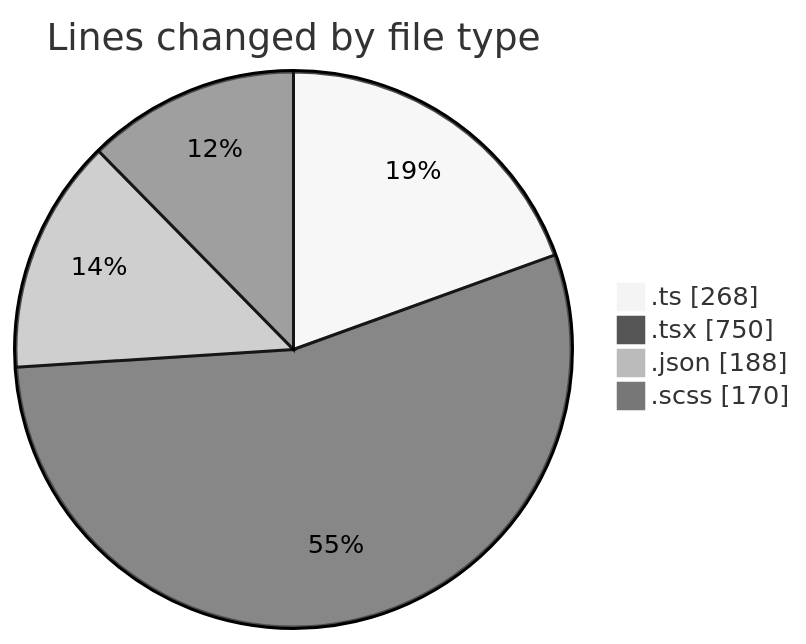
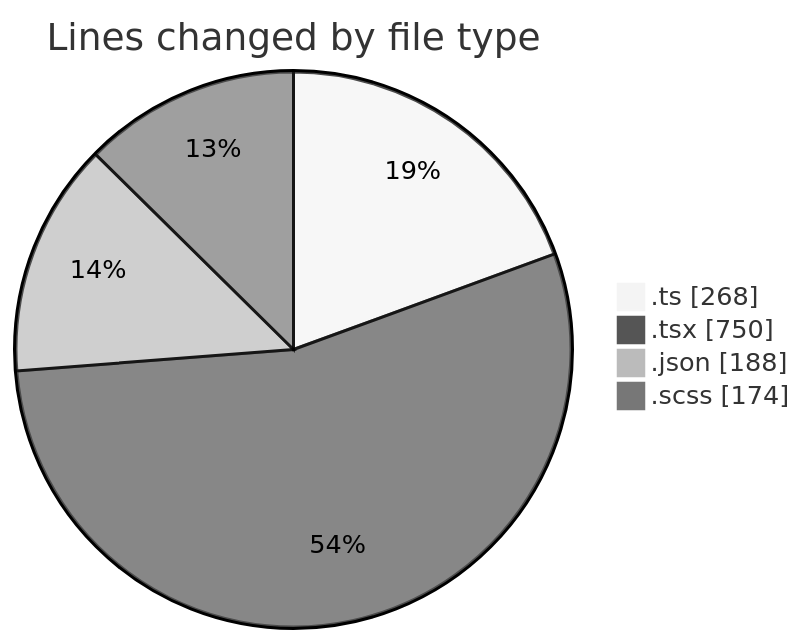
One commit to momahboobian/code-tracking changed the first of 2 diagrams in 2026-05-07/cda/README.md. Above: the diagram before and after it, drawn with Mermaid (neutral theme). The commit also changed other lines of this file and 1 other file, not shown here.

````diff
--- a/2026-05-07/cda/README.md
+++ b/2026-05-07/cda/README.md
@@ -32,8 +32,8 @@
 ```mermaid
 pie showData
 title Lines changed by file type
 ".ts" : 268
 ".tsx" : 750
 ".json" : 188
-".scss" : 170
+".scss" : 174
 ```
````
